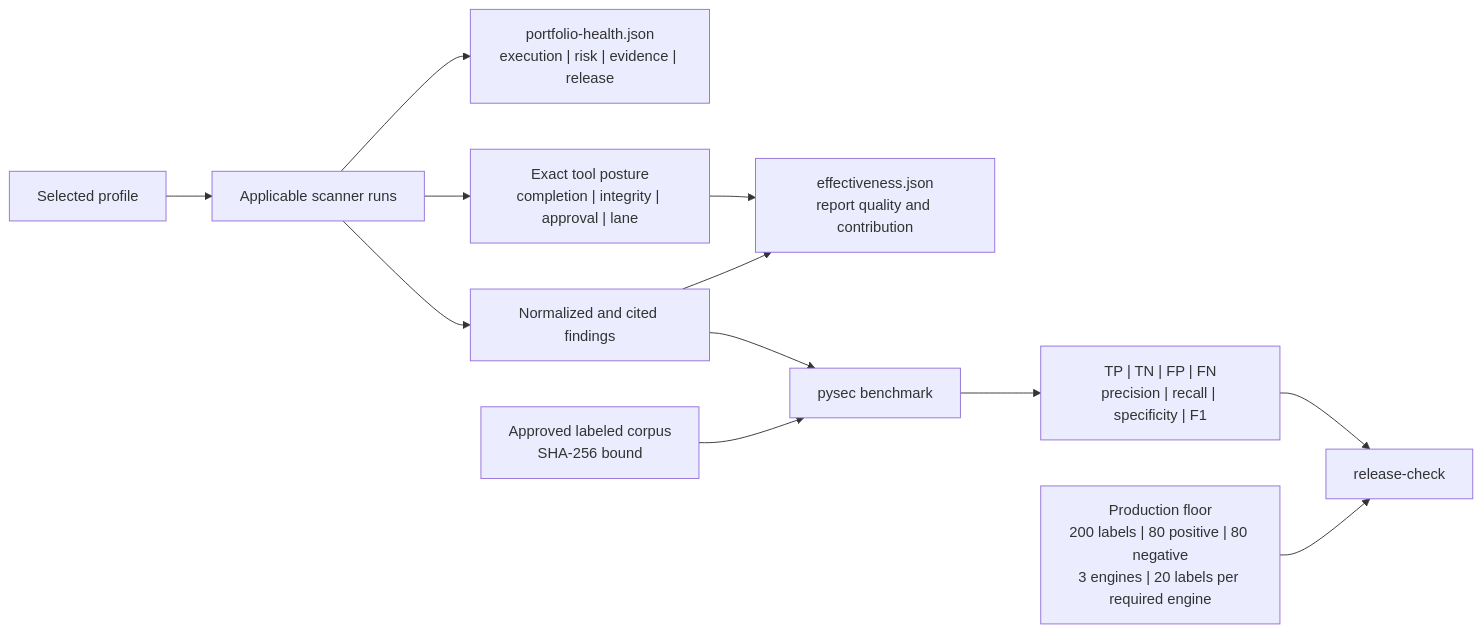
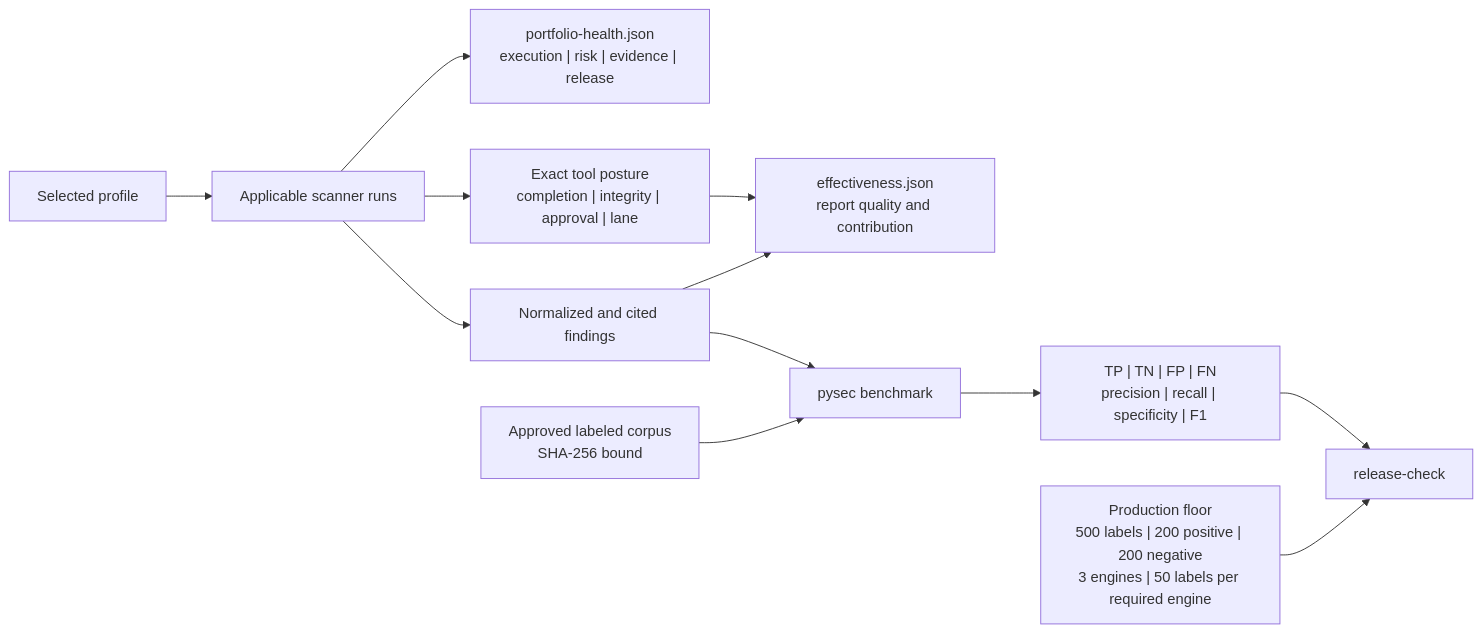
The second of 2 diagrams in docs/effectiveness.md (willtran87/project-py-security-suite), drawn with Mermaid before and after one commit. The commit also changed other lines of this file and 84 other files, not shown here.

````diff
--- a/docs/effectiveness.md
+++ b/docs/effectiveness.md
@@ -50,14 +50,14 @@
 ```mermaid
 flowchart LR
     Profile["Selected profile"] --> Run["Applicable scanner runs"]
     Run --> Health["portfolio-health.json<br/>execution | risk | evidence | release"]
     Run --> Normalize["Normalized and cited findings"]
     Normalize --> Quality["effectiveness.json<br/>report quality and contribution"]
     Run --> Posture["Exact tool posture<br/>completion | integrity | approval | lane"]
     Posture --> Quality
     Corpus["Approved labeled corpus<br/>SHA-256 bound"] --> Benchmark["pysec benchmark"]
     Normalize --> Benchmark
     Benchmark --> Metrics["TP | TN | FP | FN<br/>precision | recall | specificity | F1"]
-    Floor["Production floor<br/>200 labels | 80 positive | 80 negative<br/>3 engines | 20 labels per required engine"] --> Release["release-check"]
+    Floor["Production floor<br/>500 labels | 200 positive | 200 negative<br/>3 engines | 50 labels per required engine"] --> Release["release-check"]
     Metrics --> Release
 ```
````
